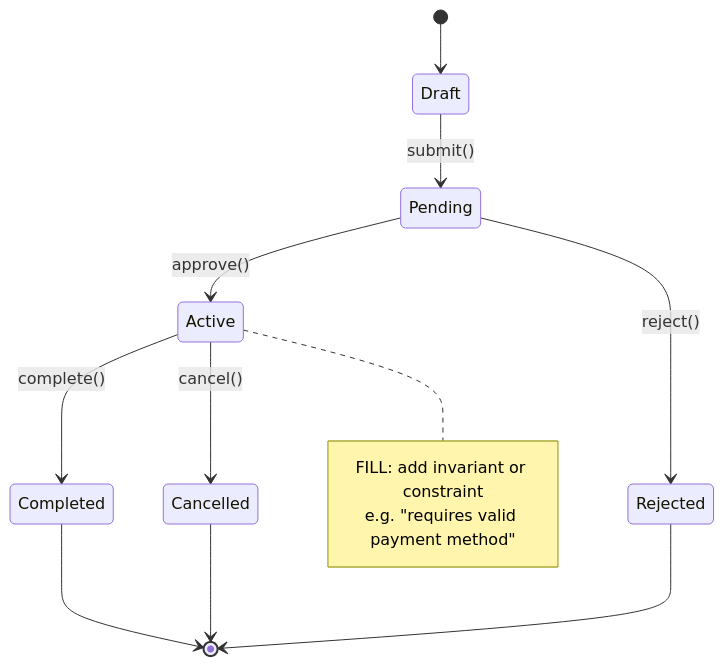
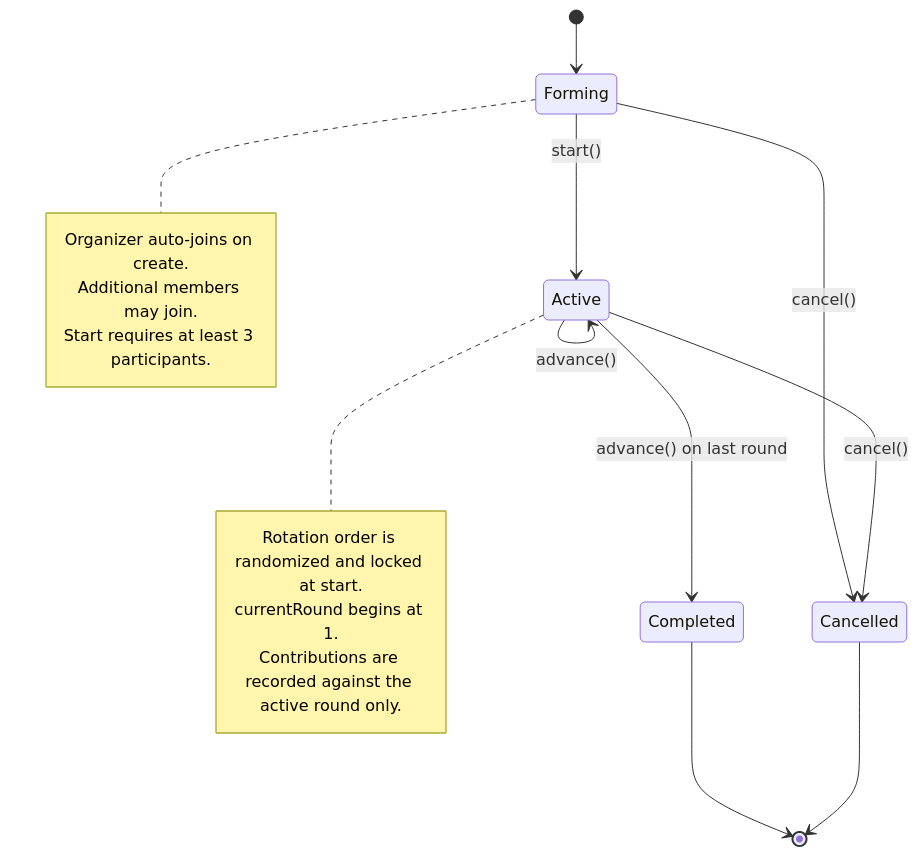
The diagram in docs/diagrams/state-primary.md (jghiringhelli/gs-workshop-vaquita), drawn with Mermaid before and after one commit. The commit also changed other lines of this file and 8 other files, not shown here.

Commit message:
feat: complete tanda lifecycle with cancel, round summary, and docs

````diff
--- a/docs/diagrams/state-primary.md
+++ b/docs/diagrams/state-primary.md
@@ -6,19 +3,25 @@
 ```mermaid
 stateDiagram-v2
-    [*] --> Draft
+    [*] --> Forming
 
-    Draft --> Pending: submit()
-    Pending --> Active: approve()
-    Pending --> Rejected: reject()
-    Active --> Completed: complete()
+    Forming --> Active: start()
+    Forming --> Cancelled: cancel()
+    Active --> Active: advance()
+    Active --> Completed: advance() on last round
     Active --> Cancelled: cancel()
 
     Completed --> [*]
-    Rejected --> [*]
     Cancelled --> [*]
 
+    note right of Forming
+        Organizer auto-joins on create.
+        Additional members may join.
+        Start requires at least 3 participants.
+    end note
+
     note right of Active
-        FILL: add invariant or constraint
-        e.g. "requires valid payment method"
+        Rotation order is randomized and locked at start.
+        currentRound begins at 1.
+        Contributions are recorded against the active round only.
     end note
 ```
````
